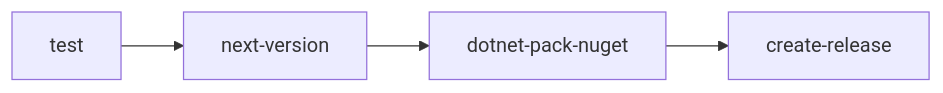
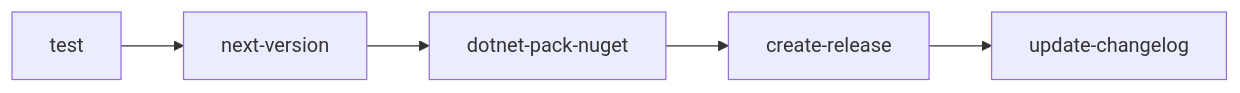
Before and after one commit to agronod/.github: the second of 2 diagrams in .agents/steering/workflows/ci-pipelines/context.md, drawn with Mermaid. The commit also changed other lines of this file and 2 other files, not shown here.

First line of the commit message:
feat: add automatic changelog updates for NuGet package releases

````diff
--- a/.agents/steering/workflows/ci-pipelines/context.md
+++ b/.agents/steering/workflows/ci-pipelines/context.md
@@ -48,6 +48,7 @@
 ```mermaid
 flowchart LR
     A[test] --> B[next-version]
     B --> C[dotnet-pack-nuget]
     C --> D[create-release]
+    D --> E[update-changelog]
 ```
````
